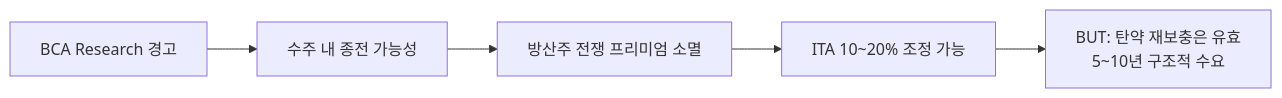
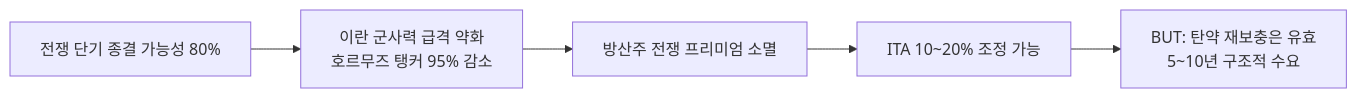
The seventh of 7 diagrams in _posts/knowledge/invest/2026-03-07-defense-space-sector-outlook-2026.md (dss99911/dss99911.github.io), drawn with Mermaid before and after one commit. The commit also changed other lines of this file and 6 other files, not shown here.

````diff
--- a/_posts/knowledge/invest/2026-03-07-defense-space-sector-outlook-2026.md
+++ b/_posts/knowledge/invest/2026-03-07-defense-space-sector-outlook-2026.md
@@ -289,7 +306,7 @@
 ```mermaid
 graph LR
-    A["BCA Research 경고"] --> B["수주 내 종전 가능성"]
+    A["전쟁 단기 종결 가능성 80%"] --> B["이란 군사력 급격 약화<br/>호르무즈 탱커 95% 감소"]
     B --> C["방산주 전쟁 프리미엄 소멸"]
     C --> D["ITA 10~20% 조정 가능"]
     D --> E["BUT&colon; 탄약 재보충은 유효<br/>5~10년 구조적 수요"]
 ```
````
